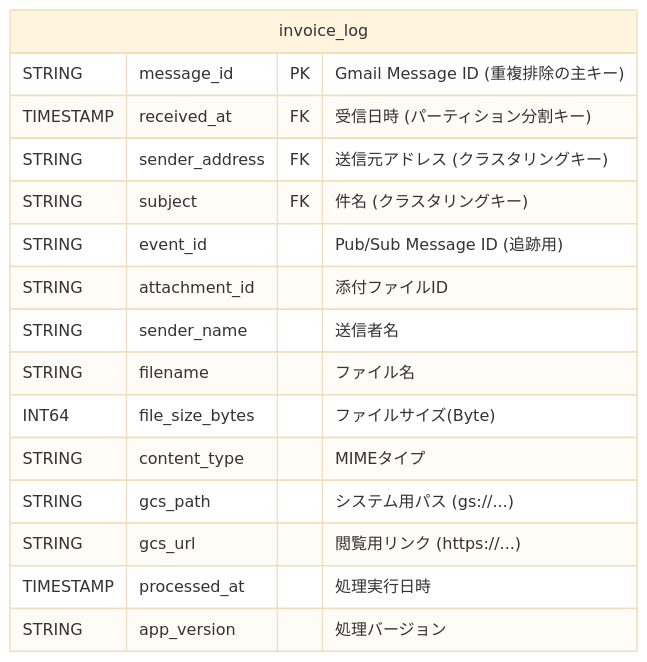
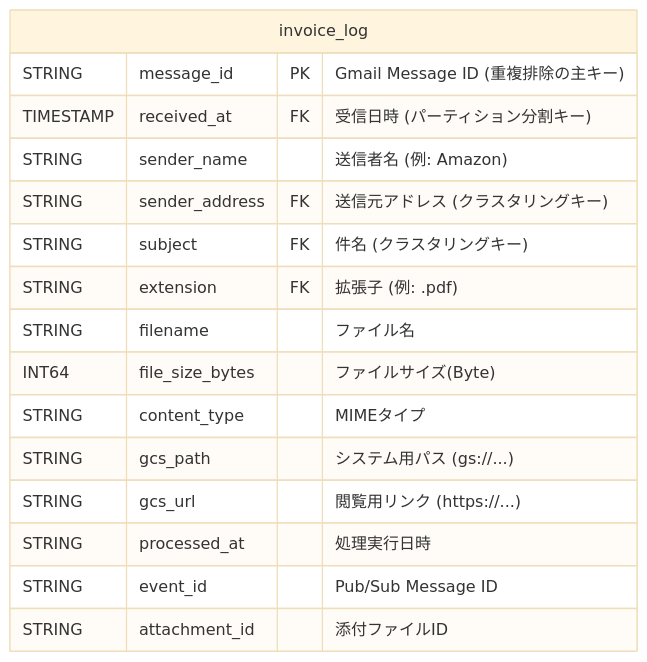
Before and after one commit to taichan-33/invoice_prpject: the second of 3 diagrams in project.md, drawn with Mermaid (base theme). The commit also changed 4 other files, not shown here.

````diff
--- a/project.md
+++ b/project.md
@@ -92,20 +92,23 @@
 ```mermaid
 erDiagram
     invoice_log {
         STRING message_id PK "Gmail Message ID (重複排除の主キー)"
         TIMESTAMP received_at FK "受信日時 (パーティション分割キー)"
+
+        STRING sender_name "送信者名 (例: Amazon)"
         STRING sender_address FK "送信元アドレス (クラスタリングキー)"
         STRING subject FK "件名 (クラスタリングキー)"
+        STRING extension FK "拡張子 (例: .pdf)"
 
-        STRING event_id "Pub/Sub Message ID (追跡用)"
-        STRING attachment_id "添付ファイルID"
-        STRING sender_name "送信者名"
         STRING filename "ファイル名"
         INT64 file_size_bytes "ファイルサイズ(Byte)"
         STRING content_type "MIMEタイプ"
+
         STRING gcs_path "システム用パス (gs://...)"
         STRING gcs_url "閲覧用リンク (https://...)"
-        TIMESTAMP processed_at "処理実行日時"
-        STRING app_version "処理バージョン"
+        STRING processed_at "処理実行日時"
+
+        STRING event_id "Pub/Sub Message ID"
+        STRING attachment_id "添付ファイルID"
     }
 ```
````
